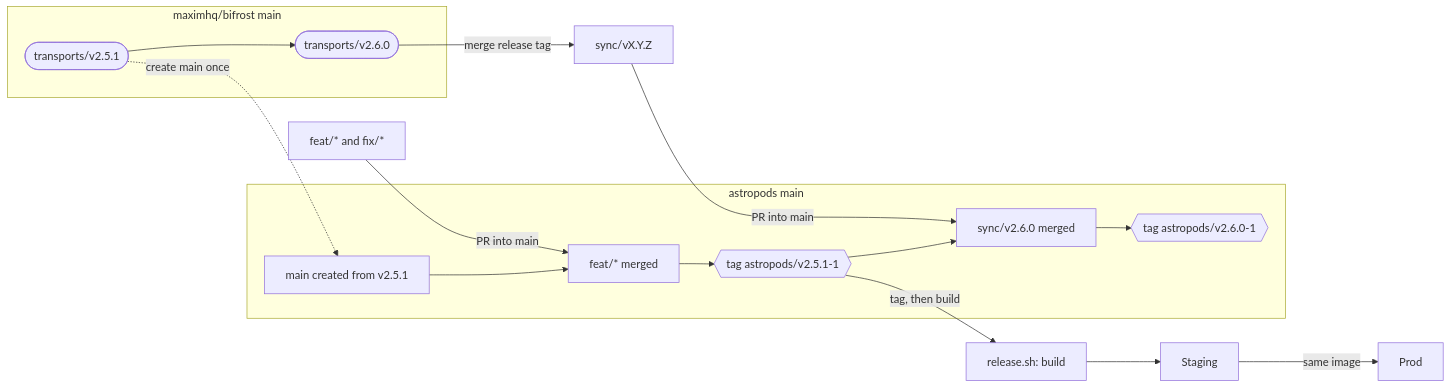
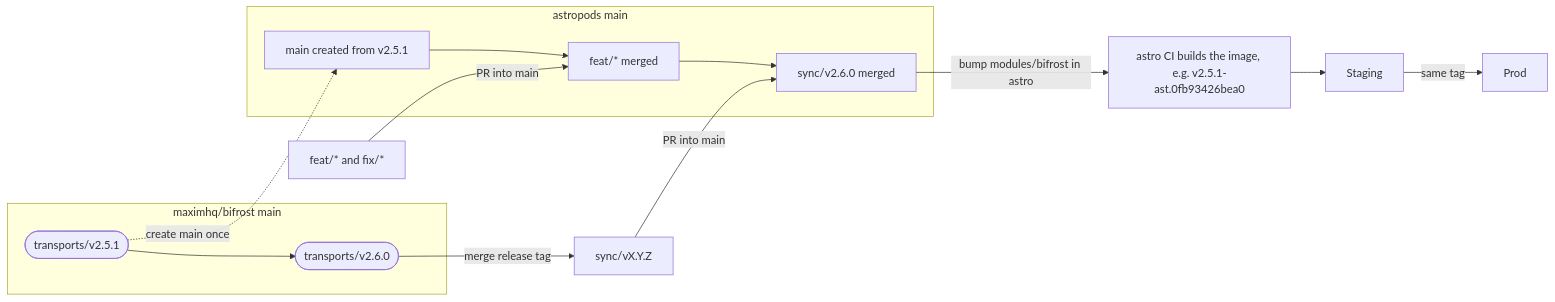
One commit to astropods/bifrost changed the diagram in astropods/GUIDE.md. Above: the diagram before and after it, drawn with Mermaid. The commit also changed other lines of this file and 2 other files, not shown here.

First line of the commit message:
fix(oss): sync budget resets, repair long gaps, async publish

````diff
--- a/astropods/GUIDE.md
+++ b/astropods/GUIDE.md
@@ -35,13 +35,13 @@
 ```mermaid
 flowchart LR
     subgraph upstream["maximhq/bifrost main"]
         U1(["transports/v2.5.1"]) --> U2(["transports/v2.6.0"])
     end
     subgraph ours["astropods main"]
-        M0["main created from v2.5.1"] --> M1["feat/* merged"] --> T1{{"tag astropods/v2.5.1-1"}} --> M2["sync/v2.6.0 merged"] --> T2{{"tag astropods/v2.6.0-1"}}
+        M0["main created from v2.5.1"] --> M1["feat/* merged"] --> M2["sync/v2.6.0 merged"]
     end
     U1 -. "create main once" .-> M0
     F["feat/* and fix/*"] -- "PR into main" --> M1
     U2 -- "merge release tag" --> S["sync/vX.Y.Z"] -- "PR into main" --> M2
-    T1 -- "tag, then build" --> R["release.sh: build"] --> ST["Staging"] -- "same image" --> P["Prod"]
+    M2 -- "bump modules/bifrost in astro" --> R["astro CI builds the image, e.g. v2.5.1-ast.0fb93426bea0"] --> ST["Staging"] -- "same tag" --> P["Prod"]
 ```
````
